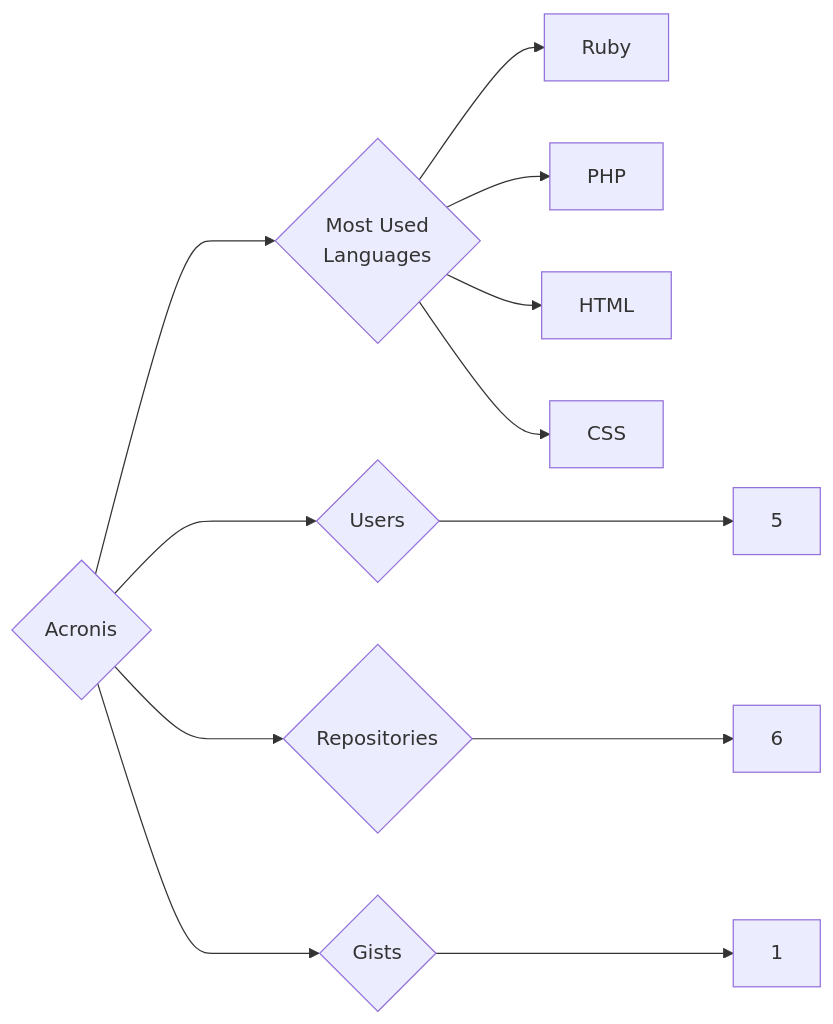
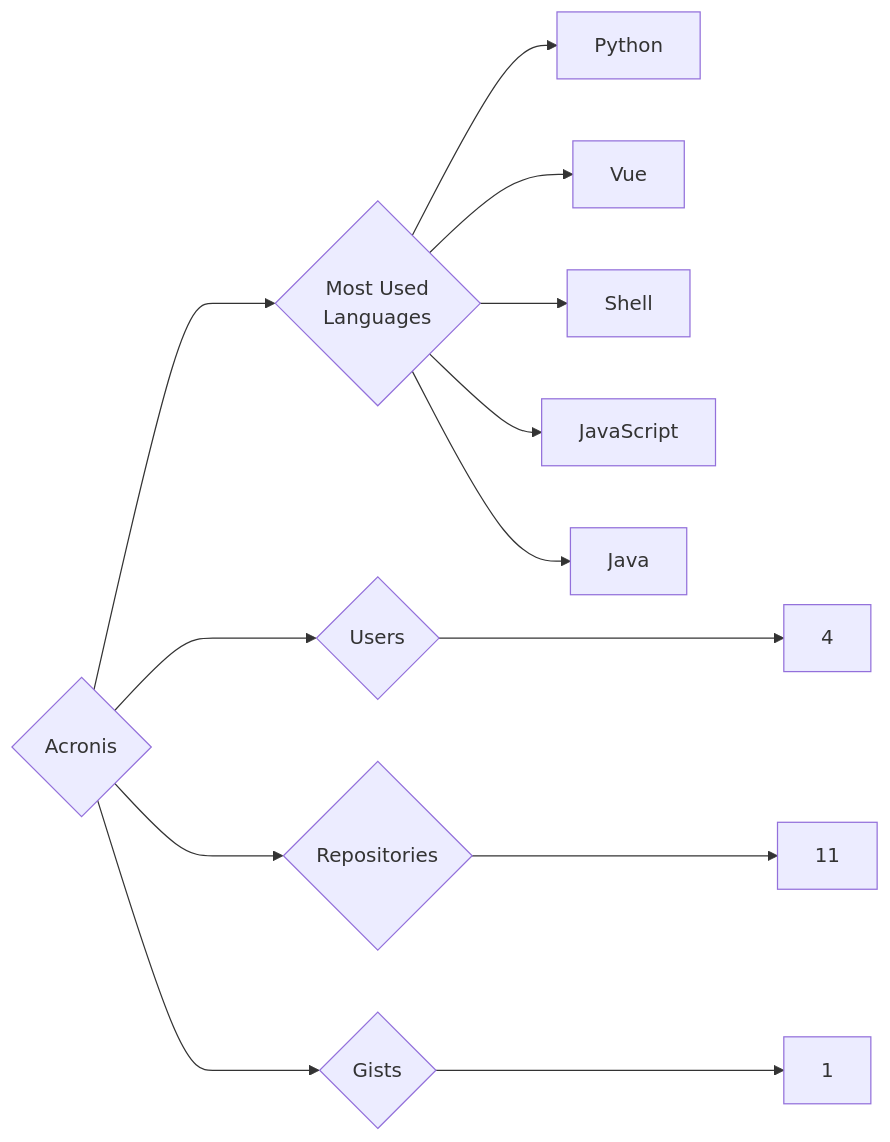
The diagram in targets/Acronis/README.md (trickest/insiders), drawn with Mermaid before and after one commit. The commit also changed 724 other files, not shown here.

````diff
--- a/targets/Acronis/README.md
+++ b/targets/Acronis/README.md
@@ -3,12 +3,13 @@
 ```mermaid
 graph LR
 COMPANY_NAME{Acronis}
-COMPANY_NAME ---> U{Users} ---> UN[5]
-COMPANY_NAME ---> R{Repositories} ---> RN[6]
+COMPANY_NAME ---> U{Users} ---> UN[4]
+COMPANY_NAME ---> R{Repositories} ---> RN[11]
 COMPANY_NAME ---> G{Gists} ---> GN[1]
 COMPANY_NAME ---> ML{Most Used<br>Languages}
-ML --> Ruby[Ruby]
-ML --> PHP[PHP]
-ML --> HTML[HTML]
-ML --> CSS[CSS]
+ML --> Python[Python]
+ML --> Vue[Vue]
+ML --> Shell[Shell]
+ML --> JavaScript[JavaScript]
+ML --> Java[Java]
 ```
````
